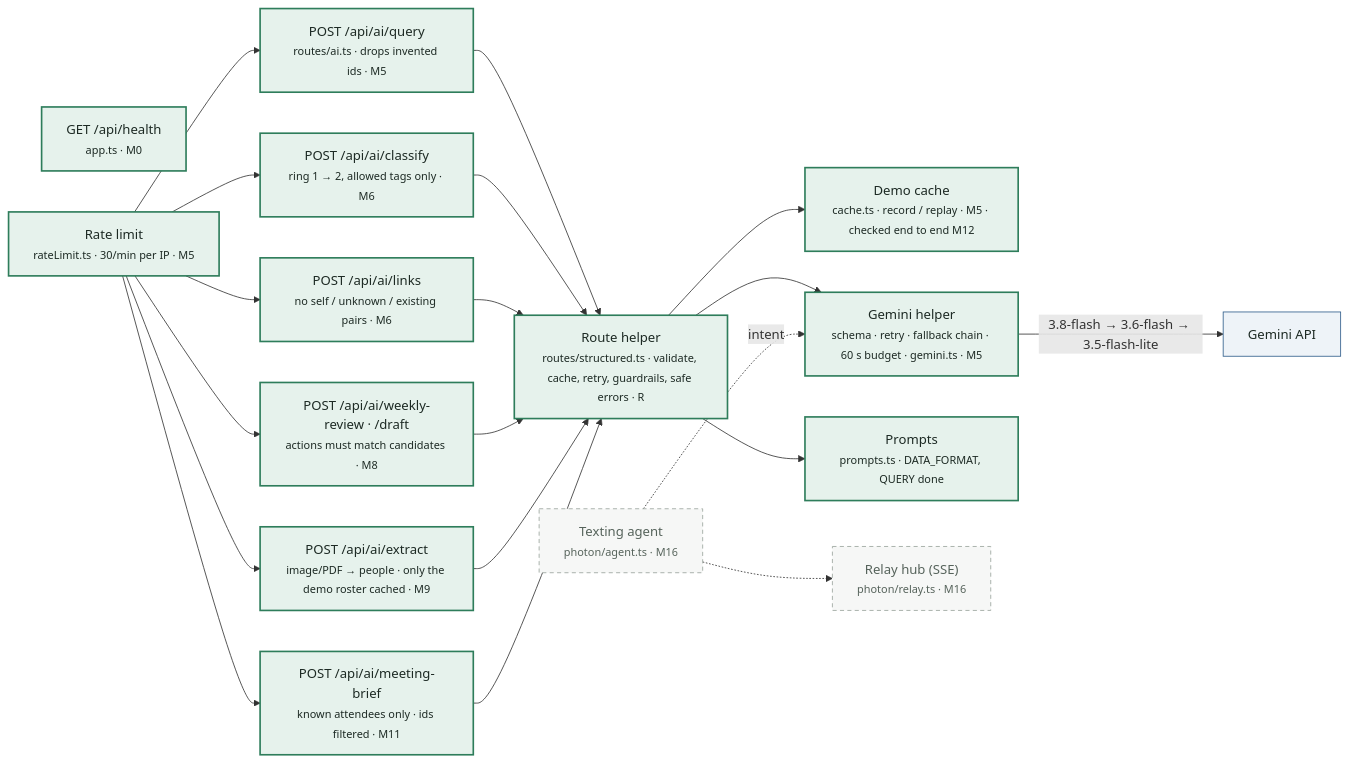
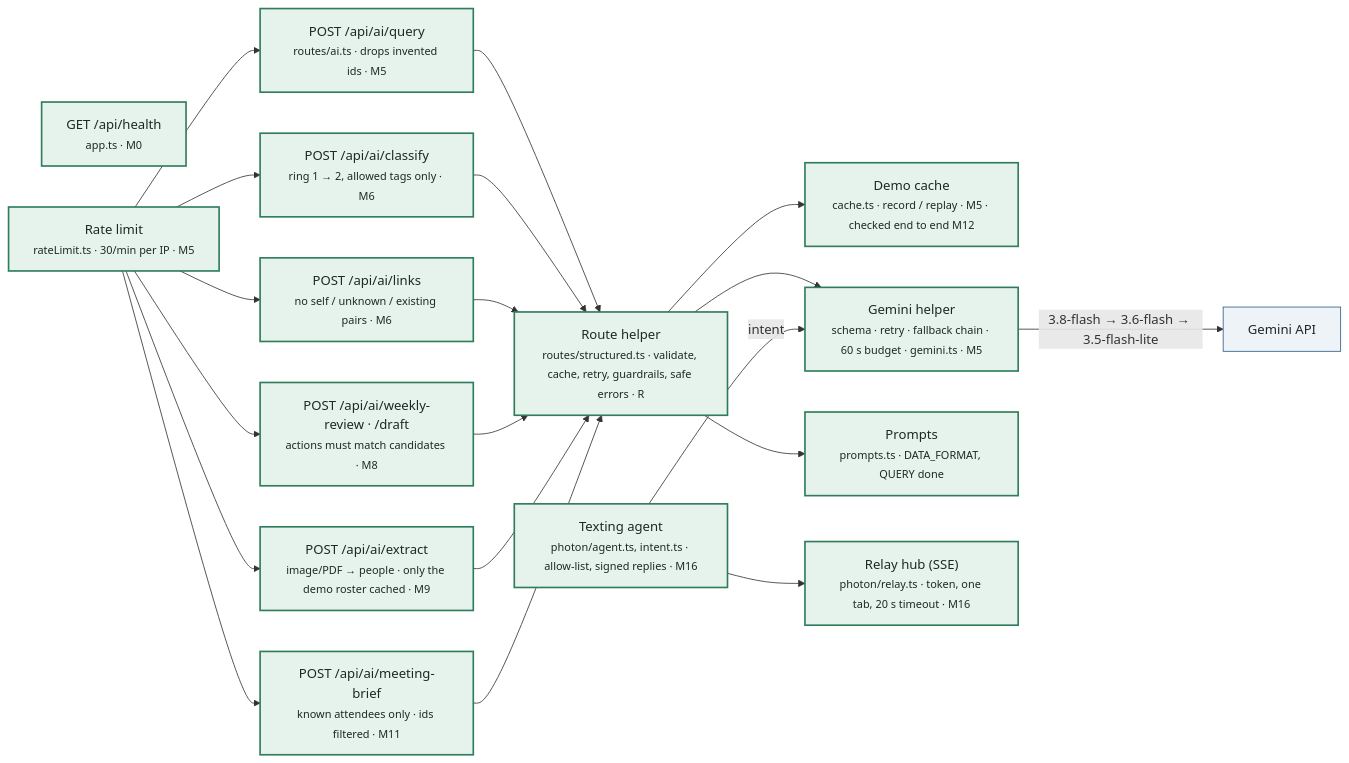
The third of 3 diagrams in docs/ARCHITECTURE.md (trafwel/ConnectWork), drawn with Mermaid before and after one commit. The commit also changed other lines of this file and 27 other files, not shown here.

First line of the commit message:
M16: texting agent on Photon iMessage, answered by the open tab

````diff
--- a/docs/ARCHITECTURE.md
+++ b/docs/ARCHITECTURE.md
@@ -144,41 +144,41 @@
 ```mermaid
 flowchart LR
   Health["GET /api/health<br/><small>app.ts · M0</small>"]:::built
   Limit["Rate limit<br/><small>rateLimit.ts · 30/min per IP · M5</small>"]:::built
   Query["POST /api/ai/query<br/><small>routes/ai.ts · drops invented ids · M5</small>"]:::built
   Classify["POST /api/ai/classify<br/><small>ring 1 → 2, allowed tags only · M6</small>"]:::built
   Links["POST /api/ai/links<br/><small>no self / unknown / existing pairs · M6</small>"]:::built
   WeeklyR["POST /api/ai/weekly-review · /draft<br/><small>actions must match candidates · M8</small>"]:::built
   Extract["POST /api/ai/extract<br/><small>image/PDF → people · only the demo roster cached · M9</small>"]:::built
   Brief["POST /api/ai/meeting-brief<br/><small>known attendees only · ids filtered · M11</small>"]:::built
   Helper["Route helper<br/><small>routes/structured.ts · validate, cache, retry, guardrails, safe errors · R</small>"]:::built
   Cache["Demo cache<br/><small>cache.ts · record / replay · M5 · checked end to end M12</small>"]:::built
   GeminiH["Gemini helper<br/><small>schema · retry · fallback chain · 60 s budget · gemini.ts · M5</small>"]:::built
   Prompts["Prompts<br/><small>prompts.ts · DATA_FORMAT, QUERY done</small>"]:::built
-  Agent["Texting agent<br/><small>photon/agent.ts · M16</small>"]:::planned
-  Hub["Relay hub (SSE)<br/><small>photon/relay.ts · M16</small>"]:::planned
+  Agent["Texting agent<br/><small>photon/agent.ts, intent.ts · allow-list, signed replies · M16</small>"]:::built
+  Hub["Relay hub (SSE)<br/><small>photon/relay.ts · token, one tab, 20 s timeout · M16</small>"]:::built
   Gemini["Gemini API"]:::external
 
   Limit --> Query
   Limit --> Classify
   Limit --> Links
   Limit --> WeeklyR
   Limit --> Extract
   Limit --> Brief
   Query --> Helper
   Classify --> Helper
   Links --> Helper
   WeeklyR --> Helper
   Extract --> Helper
   Brief --> Helper
   Helper --> Cache
   Helper --> GeminiH
   Helper --> Prompts
   GeminiH -->|"3.8-flash → 3.6-flash → 3.5-flash-lite"| Gemini
-  Agent -.->|"intent"| GeminiH
-  Agent -.-> Hub
+  Agent -->|"intent"| GeminiH
+  Agent --> Hub
 
   classDef built fill:#e6f2ec,stroke:#2e7d5b,stroke-width:2px,color:#1d2a24;
   classDef planned fill:#f6f7f6,stroke:#9aa39c,stroke-dasharray:5 4,color:#56635b;
   classDef external fill:#eef3f8,stroke:#2f5d8a,color:#1d2a24;
 ```
````
